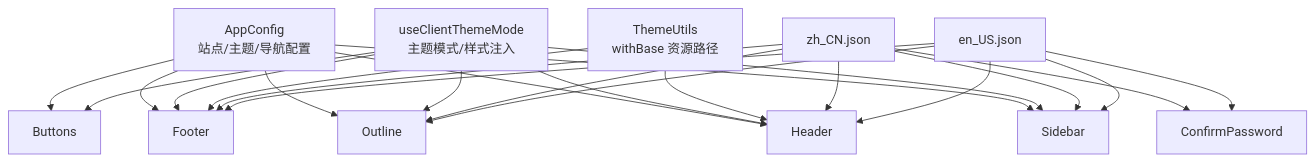
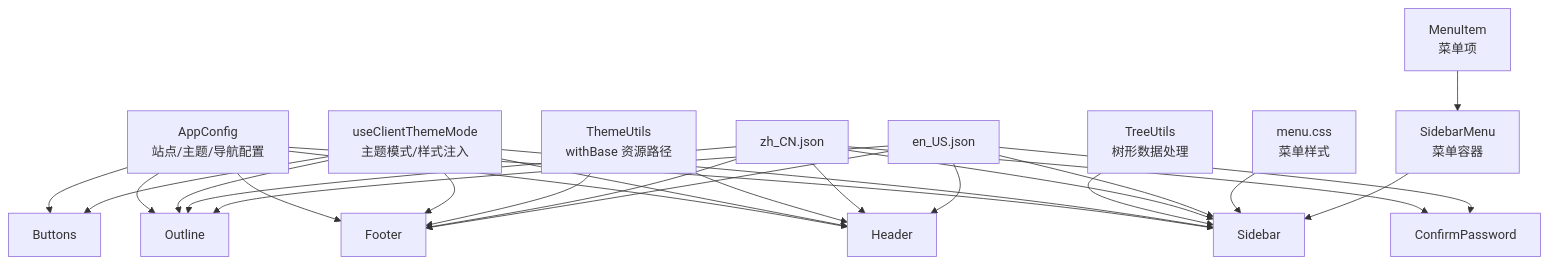
One commit to terwer/siyuan-plugin-blog changed the second of 10 diagrams in .qoder/repowiki/zh/content/核心功能/UI 组件系统/UI 组件系统.md. Above: the diagram before and after it, drawn with Mermaid. The commit also changed other lines of this file and 3 other files, not shown here.

````diff
--- a/.qoder/repowiki/zh/content/核心功能/UI 组件系统/UI 组件系统.md
+++ b/.qoder/repowiki/zh/content/核心功能/UI 组件系统/UI 组件系统.md
@@ -143,25 +185,29 @@
 ```mermaid
 graph TB
 AC["AppConfig<br/>站点/主题/导航配置"] --> H["Header"]
 AC --> F["Footer"]
 AC --> S["Sidebar"]
 AC --> O["Outline"]
 AC --> B["Buttons"]
 TM["useClientThemeMode<br/>主题模式/样式注入"] --> H
 TM --> F
 TM --> S
 TM --> O
 TM --> B
 TU["ThemeUtils<br/>withBase 资源路径"] --> H
 TU --> F
+TR["TreeUtils<br/>树形数据处理"] --> S
 ZH["zh_CN.json"] --> H
 ZH --> F
 ZH --> S
 ZH --> O
 ZH --> CP["ConfirmPassword"]
 EN["en_US.json"] --> H
 EN --> F
 EN --> S
 EN --> O
 EN --> CP
+MCSS["menu.css<br/>菜单样式"] --> S
+SM["SidebarMenu<br/>菜单容器"] --> S
+MI["MenuItem<br/>菜单项"] --> SM
 ```
````
